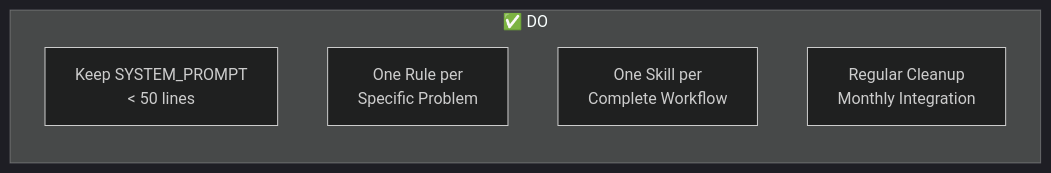
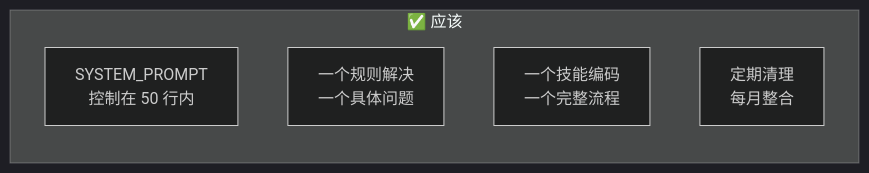
Before and after one commit to unlimblue/ai-toolbox: diagram 12 of 13 in prompts/README.md, drawn with Mermaid (dark theme). The commit also changed other lines of this file, not shown here.

````diff
--- a/prompts/README.md
+++ b/prompts/README.md
@@ -424,13 +426,13 @@
 ```mermaid
 flowchart LR
-    subgraph Do["✅ DO"]
-        D1["Keep SYSTEM_PROMPT
-< 50 lines"]
-        D2["One Rule per
-Specific Problem"]
-        D3["One Skill per
-Complete Workflow"]
-        D4["Regular Cleanup
-Monthly Integration"]
+    subgraph Do["✅ 应该"]
+        D1["SYSTEM_PROMPT
+控制在 50 行内"]
+        D2["一个规则解决
+一个具体问题"]
+        D3["一个技能编码
+一个完整流程"]
+        D4["定期清理
+每月整合"]
     end
 ```
````
